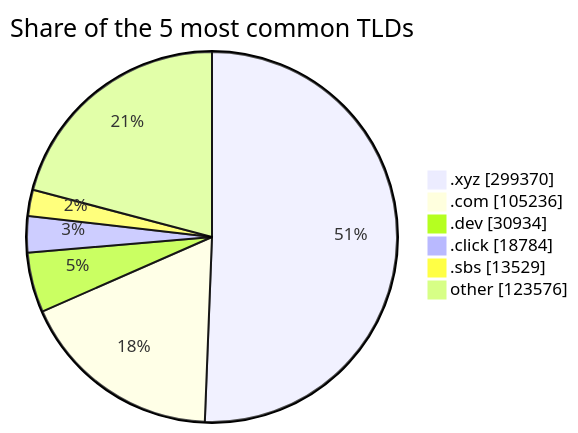
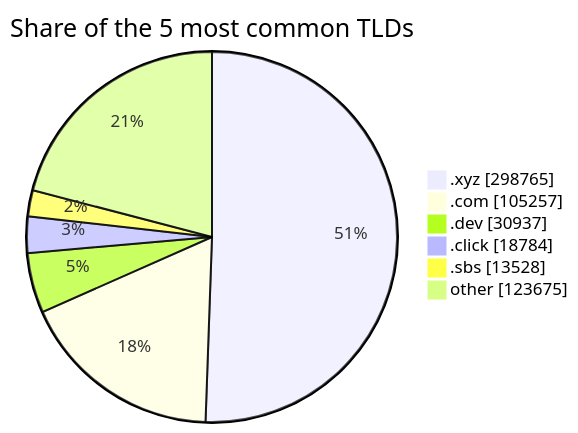
Before and after one commit to DNSBunker/CTI: the third of 3 diagrams in README.md, drawn with Mermaid. The commit also changed other lines of this file and 3 other files, not shown here.

````diff
--- a/README.md
+++ b/README.md
@@ -81,9 +81,9 @@
 ```mermaid
 pie showData title Share of the 5 most common TLDs
-    ".xyz" : 299370
-    ".com" : 105236
-    ".dev" : 30934
+    ".xyz" : 298765
+    ".com" : 105257
+    ".dev" : 30937
     ".click" : 18784
-    ".sbs" : 13529
-    "other" : 123576
+    ".sbs" : 13528
+    "other" : 123675
 ```
````
